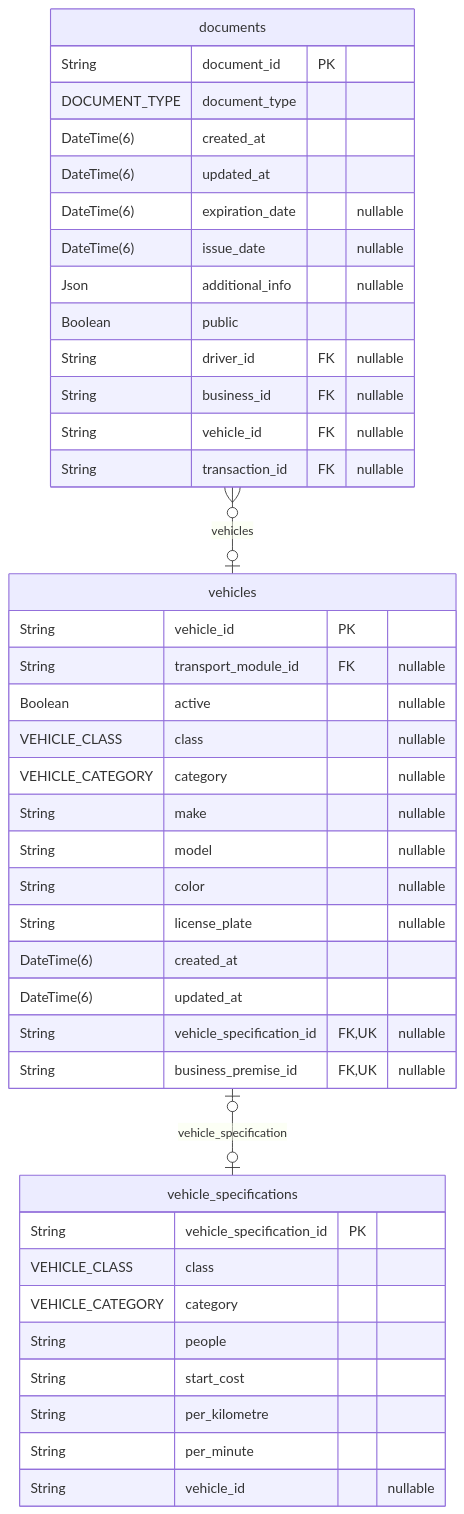
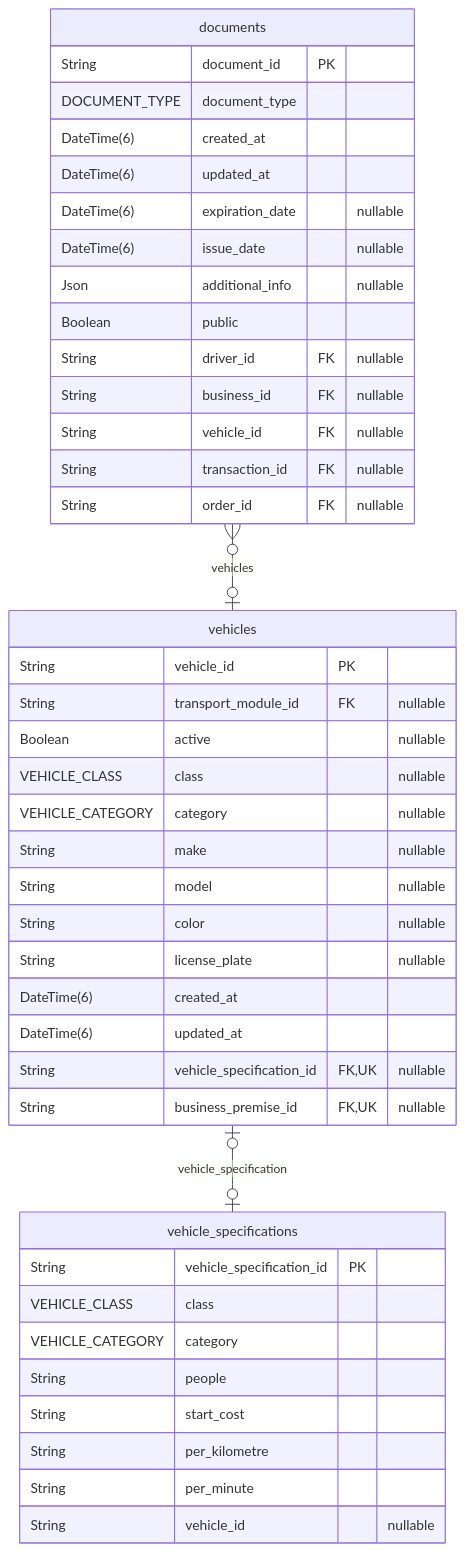
One commit to pbozic/be-analyisis changed diagram 29 of 37 in prisma/schemas/ERD.md. Above: the diagram before and after it, drawn with Mermaid. The commit also changed other lines of this file and 4 other files, not shown here.

Commit message:
feature: updated schemas with latest required changes

````diff
--- a/prisma/schemas/ERD.md
+++ b/prisma/schemas/ERD.md
@@ -7063,44 +7483,45 @@
 ```mermaid
 erDiagram
 "vehicle_specifications" {
   String vehicle_specification_id PK
   VEHICLE_CLASS class
   VEHICLE_CATEGORY category
   String people
   String start_cost
   String per_kilometre
   String per_minute
   String vehicle_id "nullable"
 }
 "documents" {
   String document_id PK
   DOCUMENT_TYPE document_type
   DateTime(6) created_at
   DateTime(6) updated_at
   DateTime(6) expiration_date "nullable"
   DateTime(6) issue_date "nullable"
   Json additional_info "nullable"
   Boolean public
   String driver_id FK "nullable"
   String business_id FK "nullable"
   String vehicle_id FK "nullable"
   String transaction_id FK "nullable"
+  String order_id FK "nullable"
 }
 "vehicles" {
   String vehicle_id PK
   String transport_module_id FK "nullable"
   Boolean active "nullable"
   VEHICLE_CLASS class "nullable"
   VEHICLE_CATEGORY category "nullable"
   String make "nullable"
   String model "nullable"
   String color "nullable"
   String license_plate "nullable"
   DateTime(6) created_at
   DateTime(6) updated_at
   String vehicle_specification_id FK,UK "nullable"
   String business_premise_id FK,UK "nullable"
 }
 "documents" }o--o| "vehicles" : vehicles
 "vehicles" |o--o| "vehicle_specifications" : vehicle_specification
 ```
````
